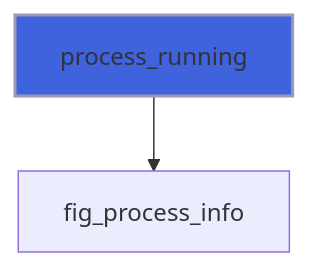
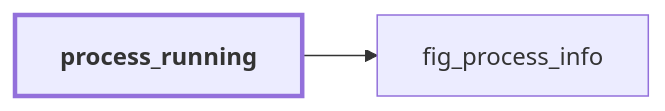
Diagram 12 of 16 in docs/api/src/lib/figure_process.md (szaghi/figure), drawn with Mermaid before and after one commit. The commit also changed other lines of this file and 54 other files, not shown here.

````diff
--- a/docs/api/src/lib/figure_process.md
+++ b/docs/api/src/lib/figure_process.md
@@ -485,5 +542,7 @@
 ```mermaid
-flowchart TD
+flowchart LR
   process_running["process_running"] --> fig_process_info["fig_process_info"]
-  style process_running fill:#3e63dd,stroke:#99b,stroke-width:2px
+  classDef focus stroke-width:3px,font-weight:bold
+  class process_running focus
+  click fig_process_info href "figure_c_native.html#fig-process-info" "fig_process_info"
 ```
````
